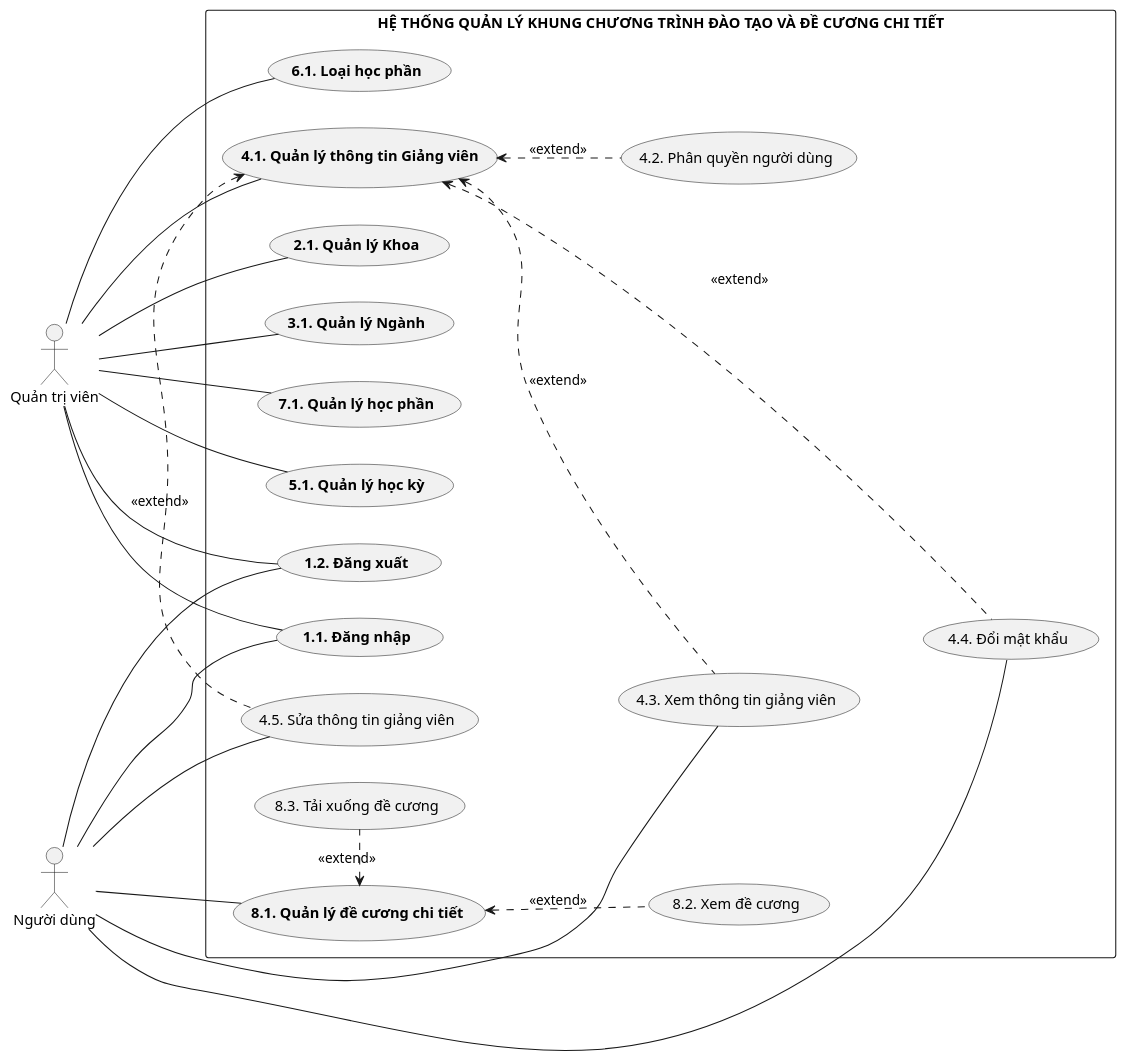
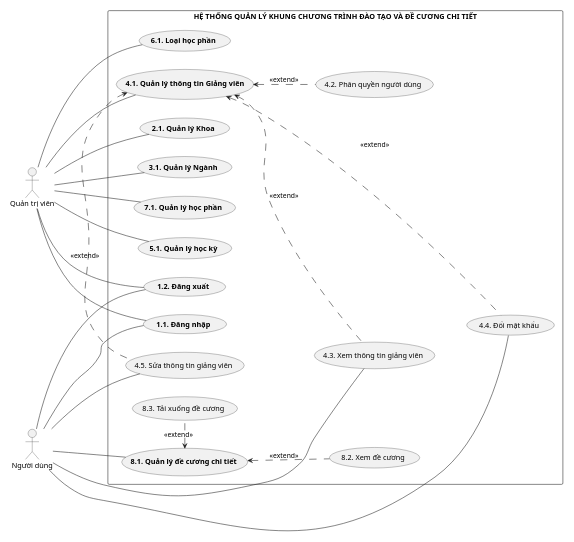
One commit to NhanNguyen1152/_EduSystem changed the diagram in Diagrams/UseCase.plantuml. Above: the diagram before and after it, drawn with PlantUML. The commit also changed 3 other files, not shown here.

Commit message:
thêm classdiagram vào

```diff
--- a/Diagrams/UseCase.plantuml
+++ b/Diagrams/UseCase.plantuml
@@ -1,52 +1,52 @@
 @startuml uc
 'skinparam linetype ortho
-'scale  2/3
+scale  1/2
 left to right direction
 actor "Quản trị viên" as ad
 actor "Người dùng" as us
 
 rectangle "**HỆ THỐNG QUẢN LÝ KHUNG CHƯƠNG TRÌNH ĐÀO TẠO VÀ ĐỀ CƯƠNG CHI TIẾT**" {
   usecase "**1.2. Đăng xuất**" as dx
   usecase "**4.1. Quản lý thông tin Giảng viên**" as qlttgv
   usecase "**1.1. Đăng nhập**" as dn
   usecase "**8.1. Quản lý đề cương chi tiết**" as qldcct
   'usecase "Quản lý chương trình đạo tạo" as qlctdt
   usecase "4.3. Xem thông tin giảng viên" as xttgv
   usecase "4.5. Sửa thông tin giảng viên" as sttgv
   usecase "4.4. Đổi mật khẩu" as dmk
   usecase "8.3. Tải xuống đề cương" as txdc
   usecase "8.2. Xem đề cương" as xdc
   'usecase "Xem chương trình đào tạo" as xctdt
   usecase "**2.1. Quản lý Khoa**" as qlk
   usecase "**3.1. Quản lý Ngành**" as qln
   usecase "**7.1. Quản lý học phần**" as qlhp
   usecase "**5.1. Quản lý học kỳ**" as qlhk
   ' quantrivien
   usecase "4.2. Phân quyền người dùng" as pqnd
   usecase "**6.1. Loại học phần**" as lhp
 }
 
 us -- dn
 ad - dn
 qlttgv <.. xttgv : <<extend>>
 qlttgv <... dmk : <<extend>>
 qlttgv <. sttgv : <<extend>>
 us - xttgv
 us -- dmk
 us - sttgv
 qldcct <. txdc : <<extend>>
 qldcct <.. xdc : <<extend>>
 qlttgv <.. pqnd : <<extend>>
 ad -- qlttgv
 ad -- dx
 us - dx
 'qlctdt <. xctdt : <<extend>>
 'us --> xctdt
 us - qldcct
 ad - qlk
 ad - qln
 ad - qlhp
 ad - qlhk
 ad - lhp
 
 @enduml
```
